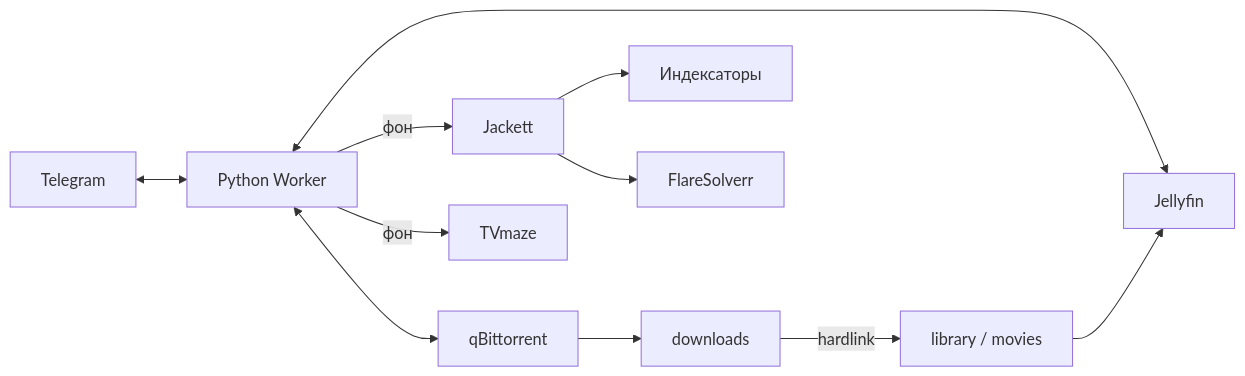
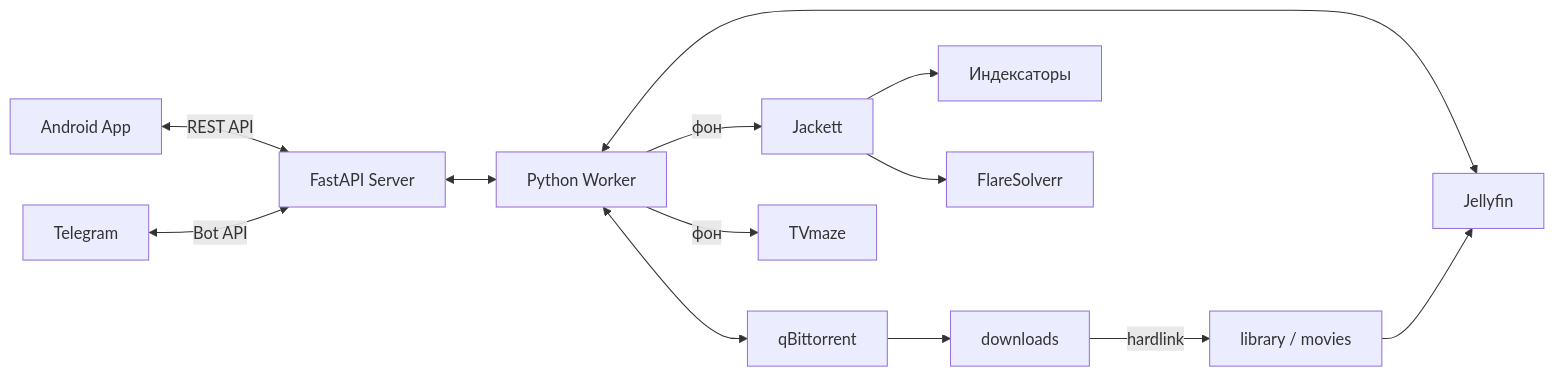
Before and after one commit to shadowkka/watchnext: the diagram in docs/ARCHITECTURE.md, drawn with Mermaid. The commit also changed other lines of this file and 9 other files, not shown here.

First line of the commit message:
feat: extract standalone FastAPI server with Android API and Telegram bot support

````diff
--- a/docs/ARCHITECTURE.md
+++ b/docs/ARCHITECTURE.md
@@ -5,13 +5,15 @@
 ```mermaid
 flowchart LR
-    T[Telegram] <--> W[Python Worker]
+    A[Android App] <-->|REST API| S[FastAPI Server]
+    T[Telegram] <-->|Bot API| S
+    S <--> W[Python Worker]
     W <--> Q[qBittorrent]
     W <--> J[Jellyfin]
     Q --> D[downloads]
     D -->|hardlink| L[library / movies]
     L --> J
     W -->|фон| K[Jackett]
     K --> R[Индексаторы]
     K --> F[FlareSolverr]
     W -->|фон| V[TVmaze]
 ```
````
